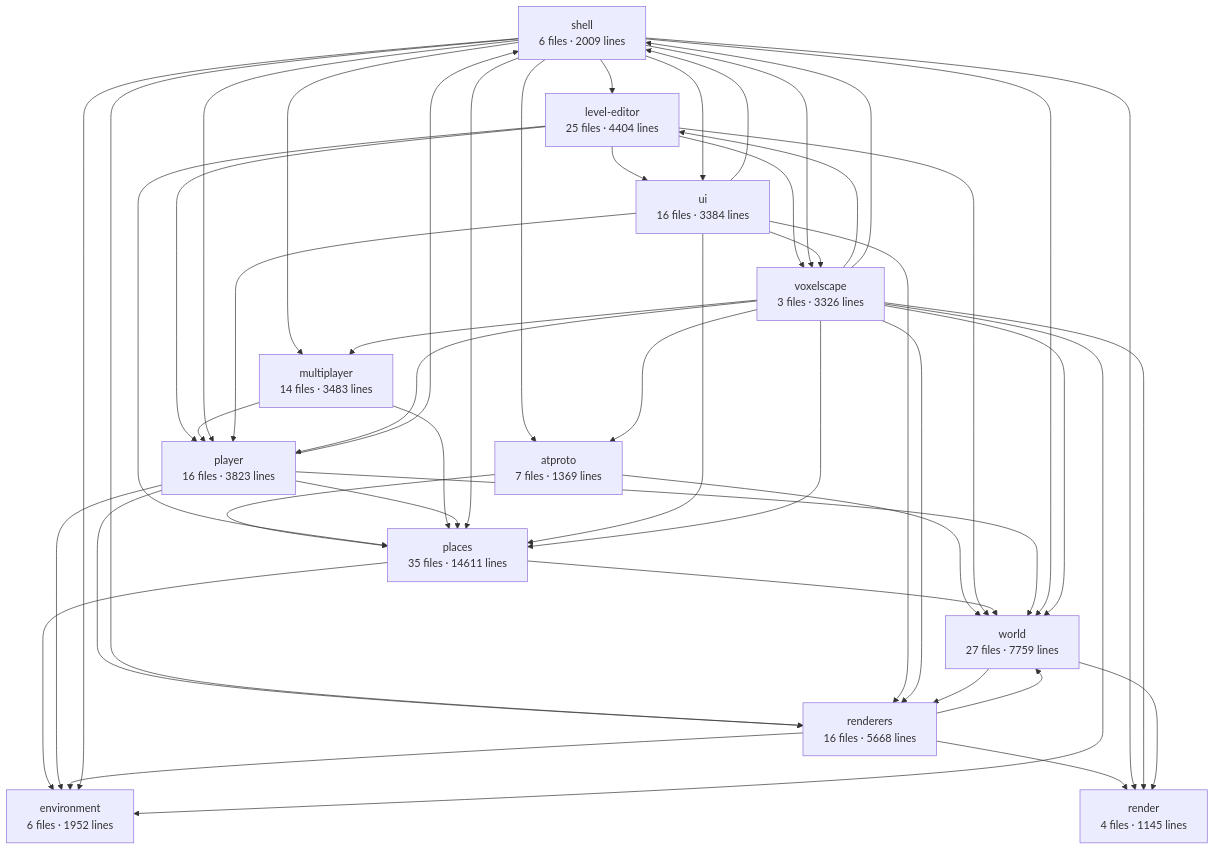
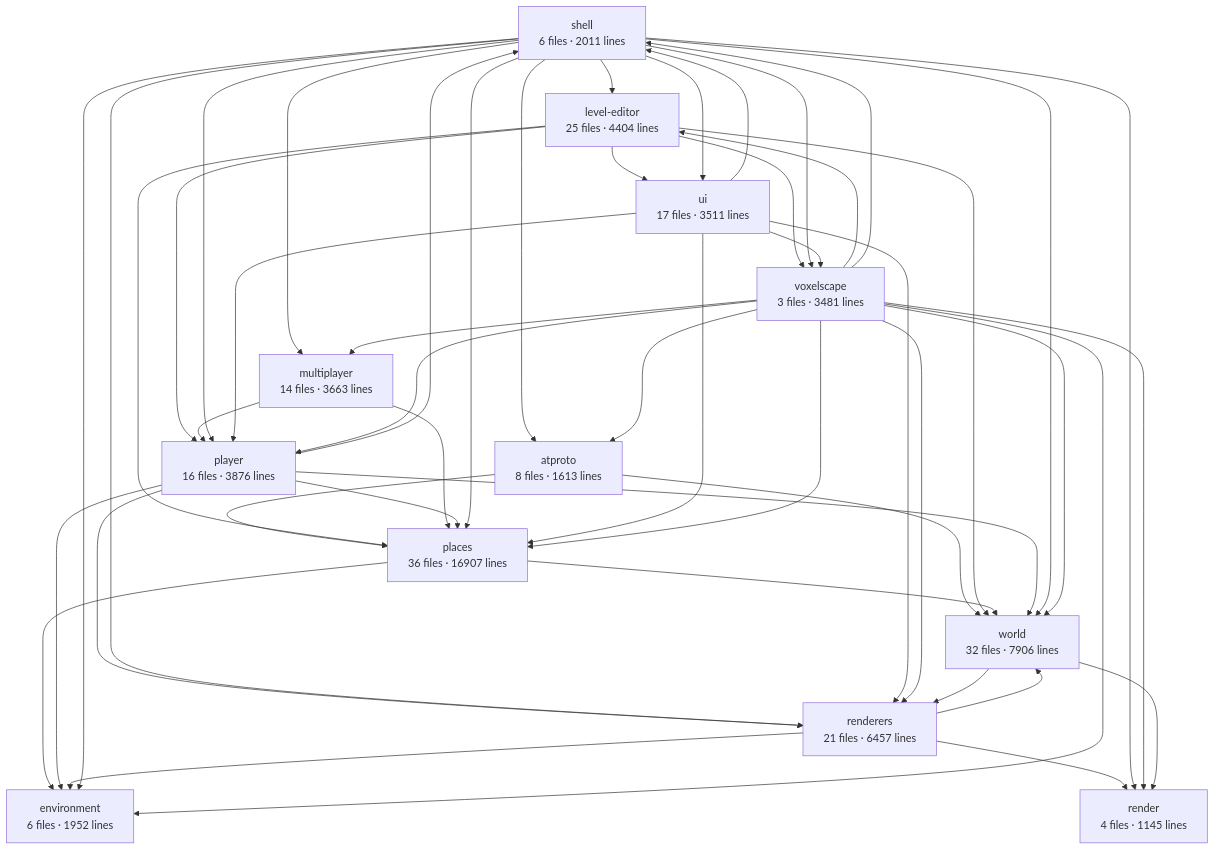
The diagram in apps/voxelscape/docs/architecture.md (big-mesh-studios/big-mesh-studios), drawn with Mermaid before and after one commit. The commit also changed other lines of this file and 58 other files, not shown here.

````diff
--- a/apps/voxelscape/docs/architecture.md
+++ b/apps/voxelscape/docs/architecture.md
@@ -6,62 +6,62 @@
 ```mermaid
 graph TD
-  shell["shell<br/>6 files · 2009 lines"]
-  voxelscape["voxelscape<br/>3 files · 3326 lines"]
-  world["world<br/>27 files · 7759 lines"]
-  renderers["renderers<br/>16 files · 5668 lines"]
+  shell["shell<br/>6 files · 2011 lines"]
+  voxelscape["voxelscape<br/>3 files · 3481 lines"]
+  world["world<br/>32 files · 7906 lines"]
+  renderers["renderers<br/>21 files · 6457 lines"]
   render["render<br/>4 files · 1145 lines"]
-  player["player<br/>16 files · 3823 lines"]
-  multiplayer["multiplayer<br/>14 files · 3483 lines"]
-  places["places<br/>35 files · 14611 lines"]
+  player["player<br/>16 files · 3876 lines"]
+  multiplayer["multiplayer<br/>14 files · 3663 lines"]
+  places["places<br/>36 files · 16907 lines"]
   environment["environment<br/>6 files · 1952 lines"]
-  atproto["atproto<br/>7 files · 1369 lines"]
-  ui["ui<br/>16 files · 3384 lines"]
+  atproto["atproto<br/>8 files · 1613 lines"]
+  ui["ui<br/>17 files · 3511 lines"]
   level-editor["level-editor<br/>25 files · 4404 lines"]
   atproto --> places
   atproto --> world
   level-editor --> places
   level-editor --> player
   level-editor --> ui
   level-editor --> voxelscape
   level-editor --> world
   multiplayer --> places
   multiplayer --> player
   places --> environment
   places --> world
   player --> environment
   player --> places
   player --> renderers
   player --> shell
   player --> world
   renderers --> environment
   renderers --> render
   renderers --> world
   shell --> atproto
   shell --> environment
   shell --> level-editor
   shell --> multiplayer
   shell --> places
   shell --> player
   shell --> render
   shell --> renderers
   shell --> ui
   shell --> voxelscape
   shell --> world
   ui --> places
   ui --> player
   ui --> renderers
   ui --> shell
   ui --> voxelscape
   voxelscape --> atproto
   voxelscape --> environment
   voxelscape --> level-editor
   voxelscape --> multiplayer
   voxelscape --> places
   voxelscape --> player
   voxelscape --> render
   voxelscape --> renderers
   voxelscape --> shell
   voxelscape --> world
   world --> render
   world --> renderers
 ```
````
